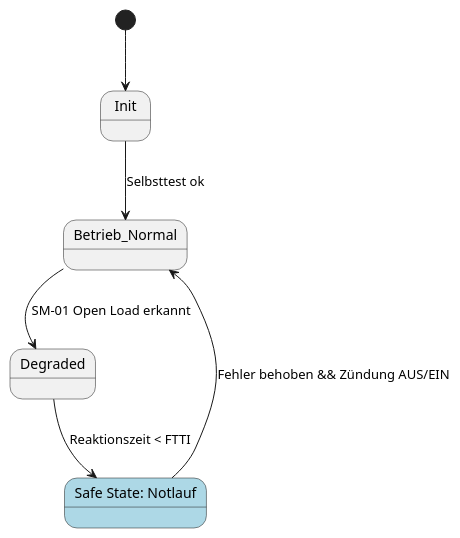
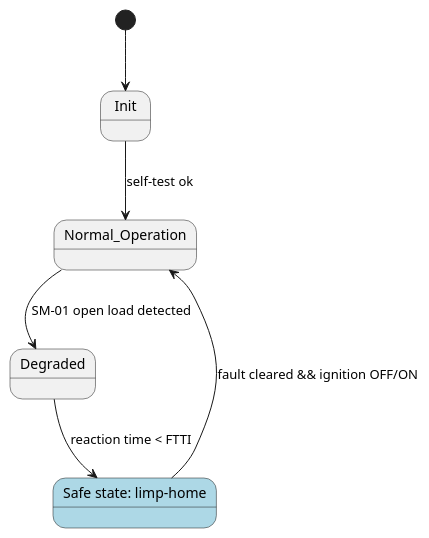
Before and after one commit to bny61/beleuchtungssystem-aspice: the second of 2 diagrams in .claude/skills/mbse-magicgrid/SKILL.md, drawn with PlantUML. The commit also changed other lines of this file and 17 other files, not shown here.

````diff
--- a/.claude/skills/mbse-magicgrid/SKILL.md
+++ b/.claude/skills/mbse-magicgrid/SKILL.md
@@ -61,10 +61,10 @@
 ```plantuml
 @startuml stm_lighting
 [*] --> Init
-Init --> Betrieb_Normal : Selbsttest ok
-state "Safe State: Notlauf" as SAFE #LightBlue
-Betrieb_Normal --> Degraded : SM-01 Open Load erkannt
-Degraded --> SAFE : Reaktionszeit < FTTI
-SAFE --> Betrieb_Normal : Fehler behoben && Zündung AUS/EIN
+Init --> Normal_Operation : self-test ok
+state "Safe state: limp-home" as SAFE #LightBlue
+Normal_Operation --> Degraded : SM-01 open load detected
+Degraded --> SAFE : reaction time < FTTI
+SAFE --> Normal_Operation : fault cleared && ignition OFF/ON
 @enduml
 ```
````
